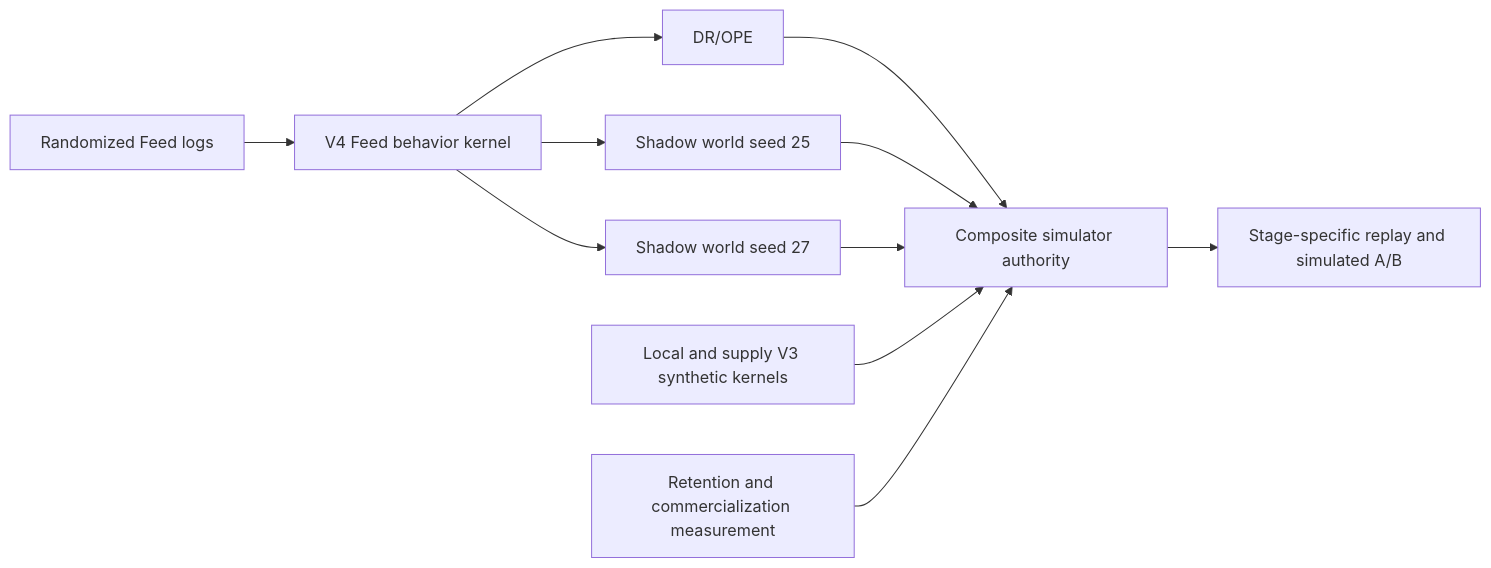
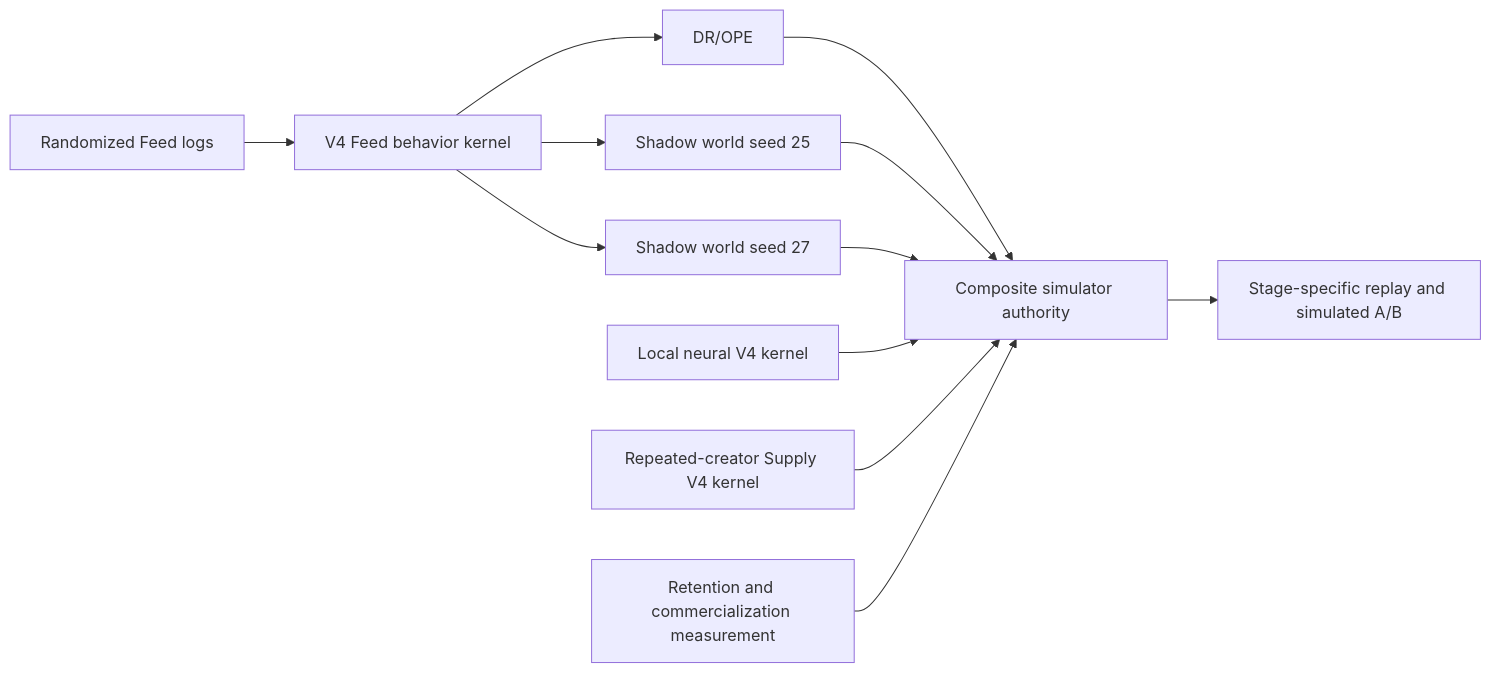
Before and after one commit to kleon1024/recsys-fid-system: the first of 5 diagrams in README.md, drawn with Mermaid. The commit also changed other lines of this file and 22 other files, not shown here.

````diff
--- a/README.md
+++ b/README.md
@@ -39,13 +41,14 @@
 ```mermaid
 flowchart LR
     Random["Randomized Feed logs"] --> Feed["V4 Feed behavior kernel"]
     Feed --> OPE["DR/OPE"]
     Feed --> W1["Shadow world seed 25"]
     Feed --> W2["Shadow world seed 27"]
     OPE --> Authority["Composite simulator authority"]
     W1 --> Authority
     W2 --> Authority
-    Local["Local and supply V3 synthetic kernels"] --> Authority
+    Local["Local neural V4 kernel"] --> Authority
+    Supply["Repeated-creator Supply V4 kernel"] --> Authority
     Measure["Retention and commercialization measurement"] --> Authority
     Authority --> AB["Stage-specific replay and simulated A/B"]
 ```
````
